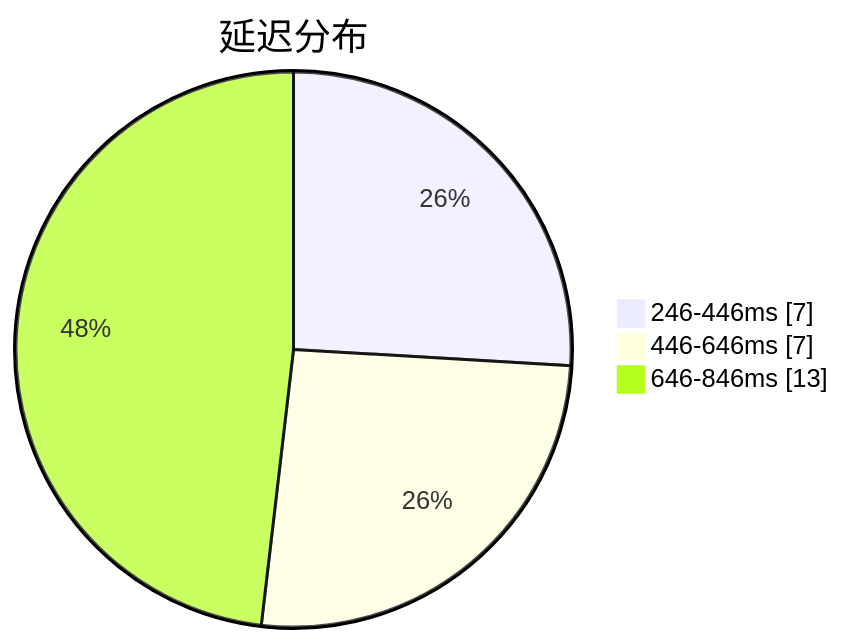
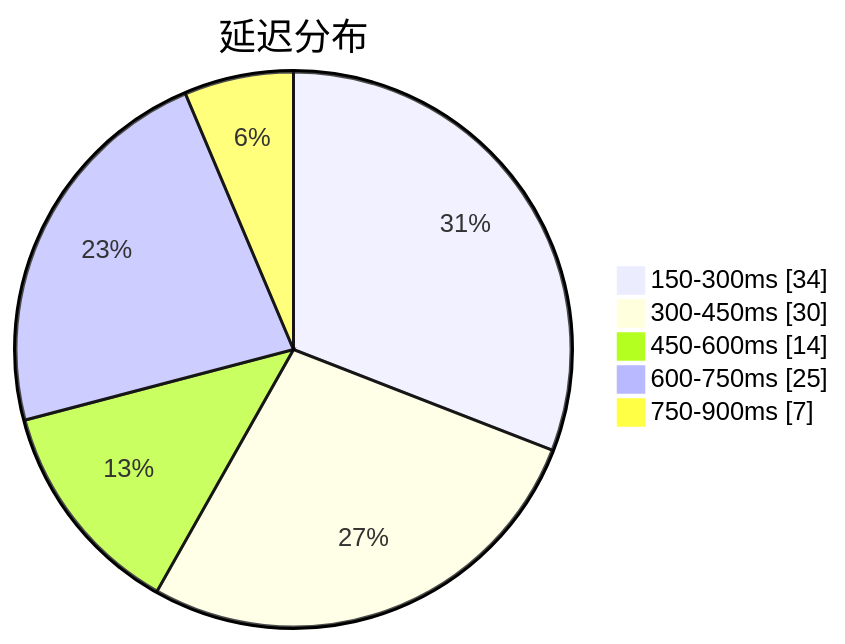
The first of 3 diagrams in subs/statistics/tested_within.md (qjlxg/airport), drawn with Mermaid before and after one commit. The commit also changed other lines of this file and 2 other files, not shown here.

````diff
--- a/subs/statistics/tested_within.md
+++ b/subs/statistics/tested_within.md
@@ -2,7 +2,9 @@
 ```mermaid
 pie showData
 title 延迟分布
-"246-446ms" : 7
-"446-646ms" : 7
-"646-846ms" : 13
+"150-300ms" : 34
+"300-450ms" : 30
+"450-600ms" : 14
+"600-750ms" : 25
+"750-900ms" : 7
 ```
````
